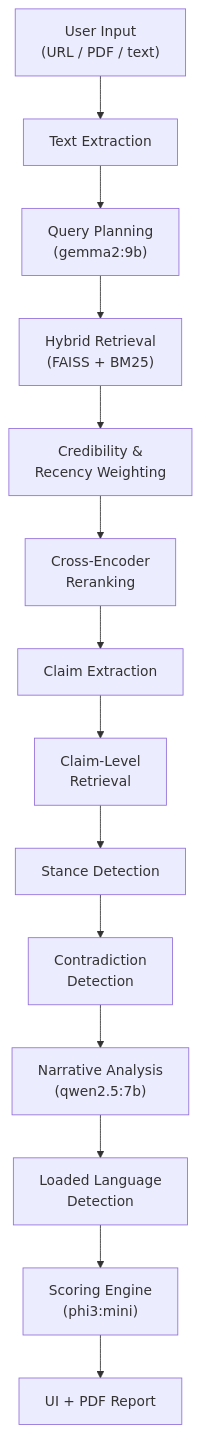
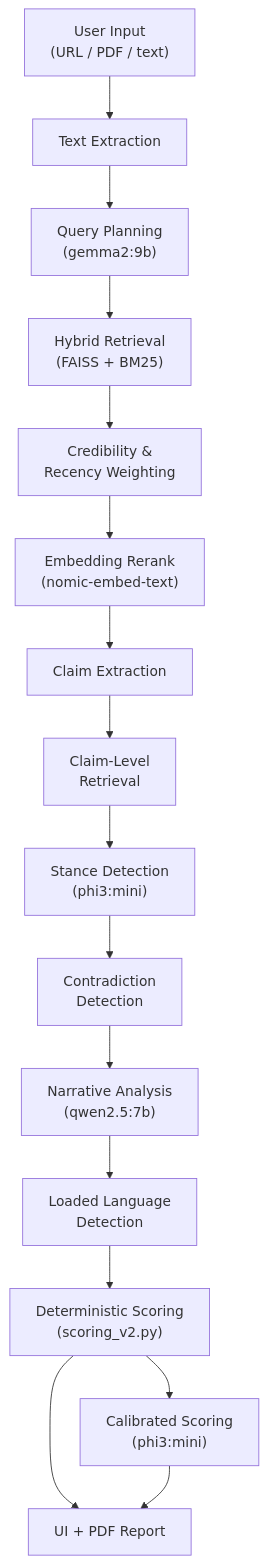
Before and after one commit to NagarjunaVem/Source-Bias-Analyzer: the first of 2 diagrams in README.md, drawn with Mermaid. The commit also changed other lines of this file and 4 other files, not shown here.

````diff
--- a/README.md
+++ b/README.md
@@ -26,19 +26,21 @@
 ```mermaid
 flowchart TD
     A["User Input\n(URL / PDF / text)"]
     B["Text Extraction"]
     C["Query Planning\n(gemma2:9b)"]
     D["Hybrid Retrieval\n(FAISS + BM25)"]
     E["Credibility &\nRecency Weighting"]
-    F["Cross-Encoder\nReranking"]
+    F["Embedding Rerank\n(nomic-embed-text)"]
     G["Claim Extraction"]
     H["Claim-Level\nRetrieval"]
-    I["Stance Detection"]
+    I["Stance Detection\n(phi3:mini)"]
     J["Contradiction\nDetection"]
     K["Narrative Analysis\n(qwen2.5:7b)"]
     L["Loaded Language\nDetection"]
-    M["Scoring Engine\n(phi3:mini)"]
+    M["Deterministic Scoring\n(scoring_v2.py)"]
+    M2["Calibrated Scoring\n(phi3:mini)"]
     N["UI + PDF Report"]
 
     A --> B --> C --> D --> E --> F --> G --> H --> I --> J --> K --> L --> M --> N
+    M --> M2 --> N
 ```
````
